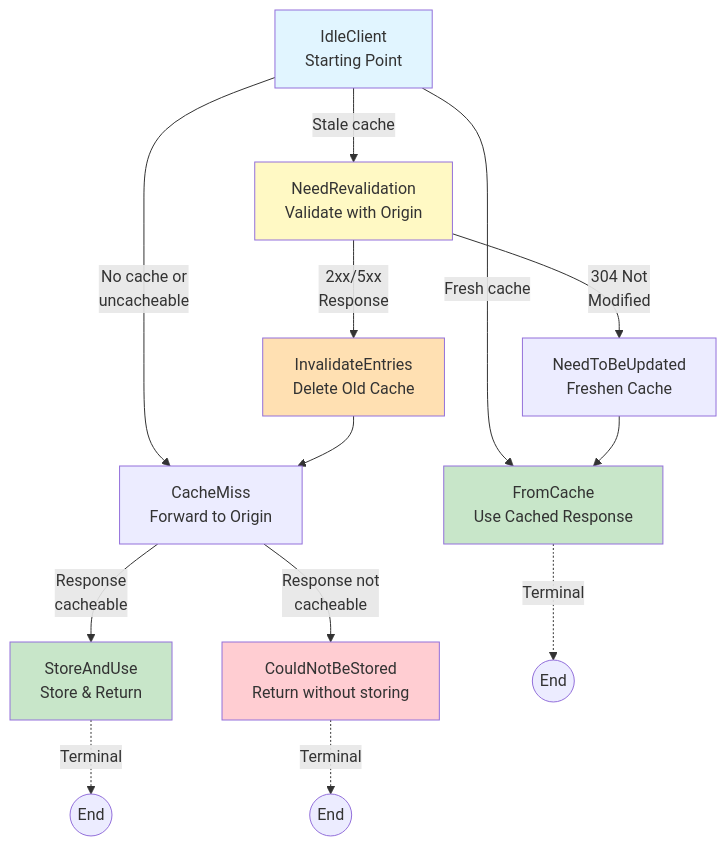
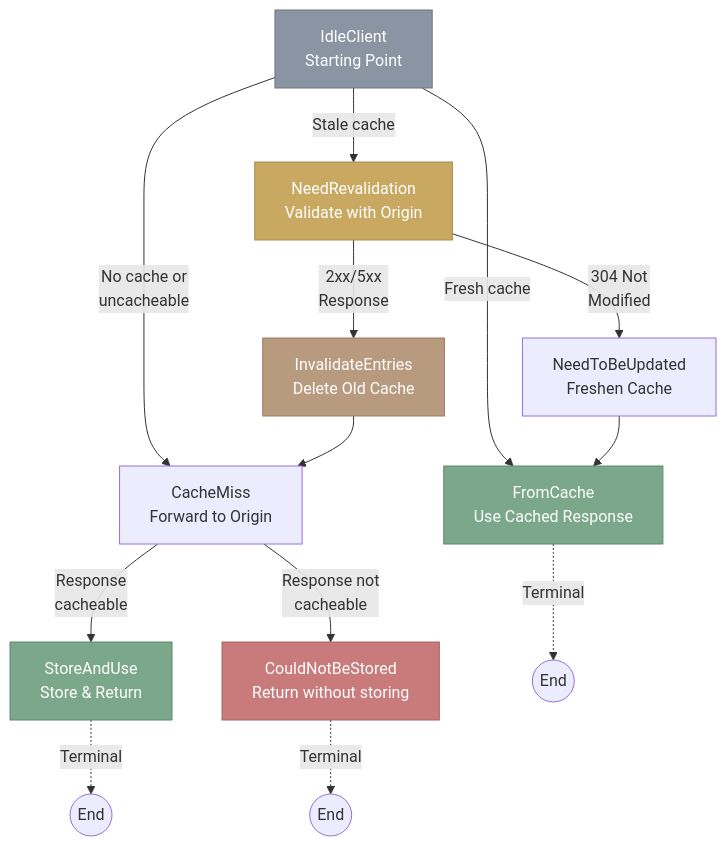
Before and after one commit to karpetrosyan/hishel: the diagram in docs/specification.md, drawn with Mermaid.

Commit message:
chore(docs): improve sans-io diagram colors

````diff
--- a/docs/specification.md
+++ b/docs/specification.md
@@ -63,26 +63,26 @@
 ```mermaid
 graph TB
   IdleClient[IdleClient<br/>Starting Point] -->|No cache or<br/>uncacheable| CacheMiss[CacheMiss<br/>Forward to Origin]
   IdleClient -->|Fresh cache| FromCache[FromCache<br/>Use Cached Response]
   IdleClient -->|Stale cache| NeedRevalidation[NeedRevalidation<br/>Validate with Origin]
 
   CacheMiss -->|Response<br/>cacheable| StoreAndUse[StoreAndUse<br/>Store & Return]
   CacheMiss -->|Response not<br/>cacheable| CouldNotBeStored[CouldNotBeStored<br/>Return without storing]
 
   NeedRevalidation -->|304 Not<br/>Modified| NeedToBeUpdated[NeedToBeUpdated<br/>Freshen Cache]
   NeedRevalidation -->|2xx/5xx<br/>Response| InvalidateEntries[InvalidateEntries<br/>Delete Old Cache]
   
   InvalidateEntries --> CacheMiss
   NeedToBeUpdated --> FromCache
 
   FromCache -.->|Terminal| End1((End))
   StoreAndUse -.->|Terminal| End2((End))
   CouldNotBeStored -.->|Terminal| End3((End))
 
-  style IdleClient fill:#e1f5ff
-  style FromCache fill:#c8e6c9
-  style StoreAndUse fill:#c8e6c9
-  style CouldNotBeStored fill:#ffcdd2
-  style NeedRevalidation fill:#fff9c4
-  style InvalidateEntries fill:#ffe0b2
+  style IdleClient fill:#8a94a3,stroke:#6c757d,color:#fff
+  style FromCache fill:#7ba88a,stroke:#5d8a6f,color:#fff
+  style StoreAndUse fill:#7ba88a,stroke:#5d8a6f,color:#fff
+  style CouldNotBeStored fill:#c97a7a,stroke:#a86565,color:#fff
+  style NeedRevalidation fill:#c9a961,stroke:#a88b4f,color:#fff
+  style InvalidateEntries fill:#b89a7f,stroke:#9a7d66,color:#fff
 ```
````
